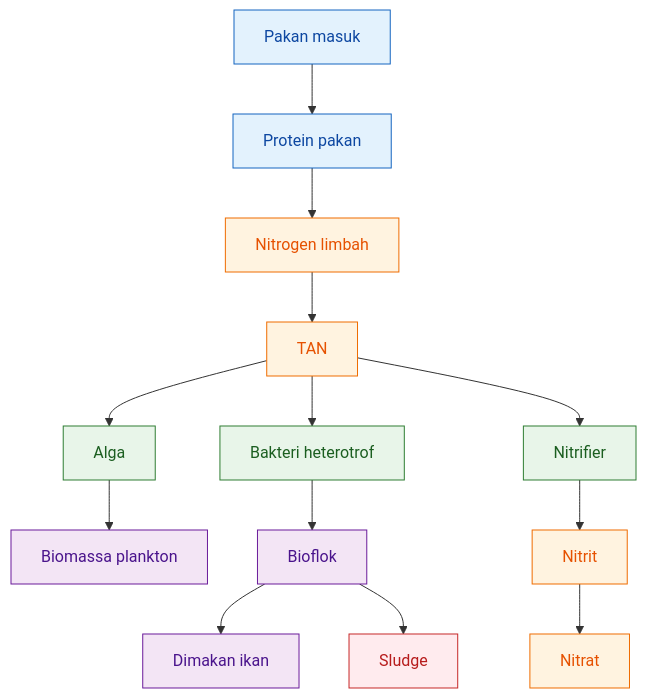
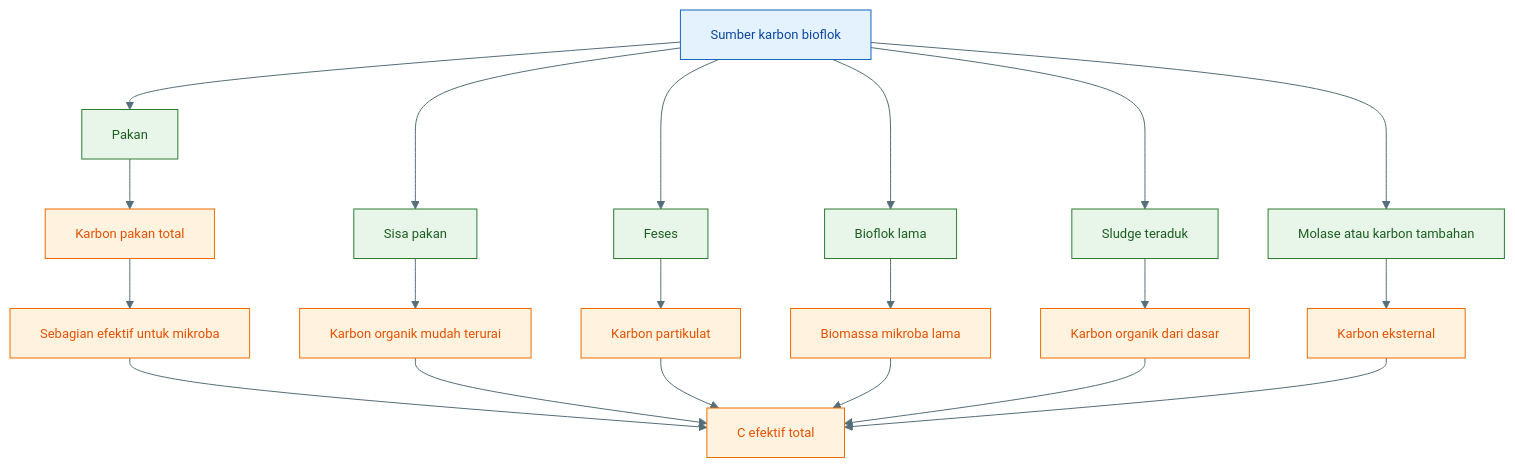
One commit to slametsampon/kawruhnology changed the first of 32 diagrams in content/blog/agri/perikanan/ratio-cn-rendah-biflok.mdx. Above: the diagram before and after it, drawn with Mermaid. The commit also changed other lines of this file, not shown here.

````diff
--- a/content/blog/agri/perikanan/ratio-cn-rendah-biflok.mdx
+++ b/content/blog/agri/perikanan/ratio-cn-rendah-biflok.mdx
@@ -221,27 +237,46 @@
-```mermaid
+```mermaid id="sumber-karbon-bioflok"
+%%{init: {'theme':'base','themeVariables':{
+'primaryColor':'#E3F2FD',
+'primaryTextColor':'#0D47A1',
+'primaryBorderColor':'#1565C0',
+'secondaryColor':'#E8F5E9',
+'secondaryTextColor':'#1B5E20',
+'secondaryBorderColor':'#2E7D32',
+'tertiaryColor':'#FFF3E0',
+'tertiaryTextColor':'#E65100',
+'tertiaryBorderColor':'#EF6C00',
+'lineColor':'#546E7A',
+'fontSize':'13px'
+}}}%%
 flowchart TD
-    A["Pakan masuk"] --> B["Protein pakan"]
-    B --> C["Nitrogen limbah"]
-    C --> D["TAN"]
-    D --> E["Alga"]
-    D --> F["Bakteri heterotrof"]
-    D --> G["Nitrifier"]
-    E --> H["Biomassa plankton"]
-    F --> I["Bioflok"]
-    G --> J["Nitrit"]
-    J --> K["Nitrat"]
-    I --> L["Dimakan ikan"]
-    I --> M["Sludge"]
+    A["Sumber karbon bioflok"] --> B["Pakan"]
+    A --> C["Sisa pakan"]
+    A --> D["Feses"]
+    A --> E["Bioflok lama"]
+    A --> F["Sludge teraduk"]
+    A --> G["Molase atau karbon tambahan"]
 
-    classDef input fill:#e3f2fd,stroke:#1565c0,color:#0d47a1;
-    classDef waste fill:#fff3e0,stroke:#ef6c00,color:#e65100;
-    classDef microbe fill:#e8f5e9,stroke:#2e7d32,color:#1b5e20;
-    classDef risk fill:#ffebee,stroke:#c62828,color:#b71c1c;
-    classDef output fill:#f3e5f5,stroke:#6a1b9a,color:#4a148c;
+    B --> H["Karbon pakan total"]
+    H --> I["Sebagian efektif untuk mikroba"]
 
-    class A,B input;
-    class C,D,J,K waste;
-    class E,F,G microbe;
-    class M risk;
-    class H,I,L output;
+    C --> J["Karbon organik mudah terurai"]
+    D --> K["Karbon partikulat"]
+    E --> L["Biomassa mikroba lama"]
+    F --> M["Karbon organik dari dasar"]
+    G --> N["Karbon eksternal"]
+
+    I --> O["C efektif total"]
+    J --> O
+    K --> O
+    L --> O
+    M --> O
+    N --> O
+
+    classDef root fill:#E3F2FD,stroke:#1565C0,color:#0D47A1;
+    classDef source fill:#E8F5E9,stroke:#2E7D32,color:#1B5E20;
+    classDef carbon fill:#FFF3E0,stroke:#EF6C00,color:#E65100;
+
+    class A root;
+    class B,C,D,E,F,G source;
+    class H,I,J,K,L,M,N,O carbon;
 ```
````
